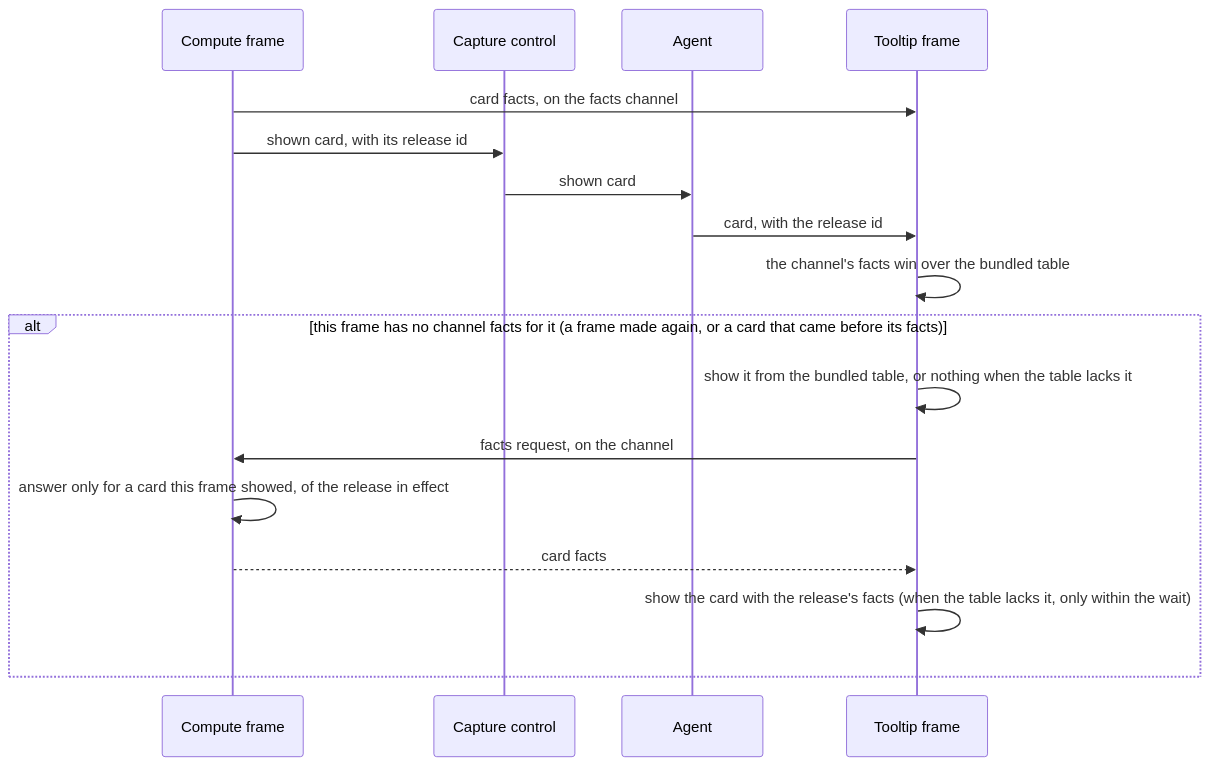
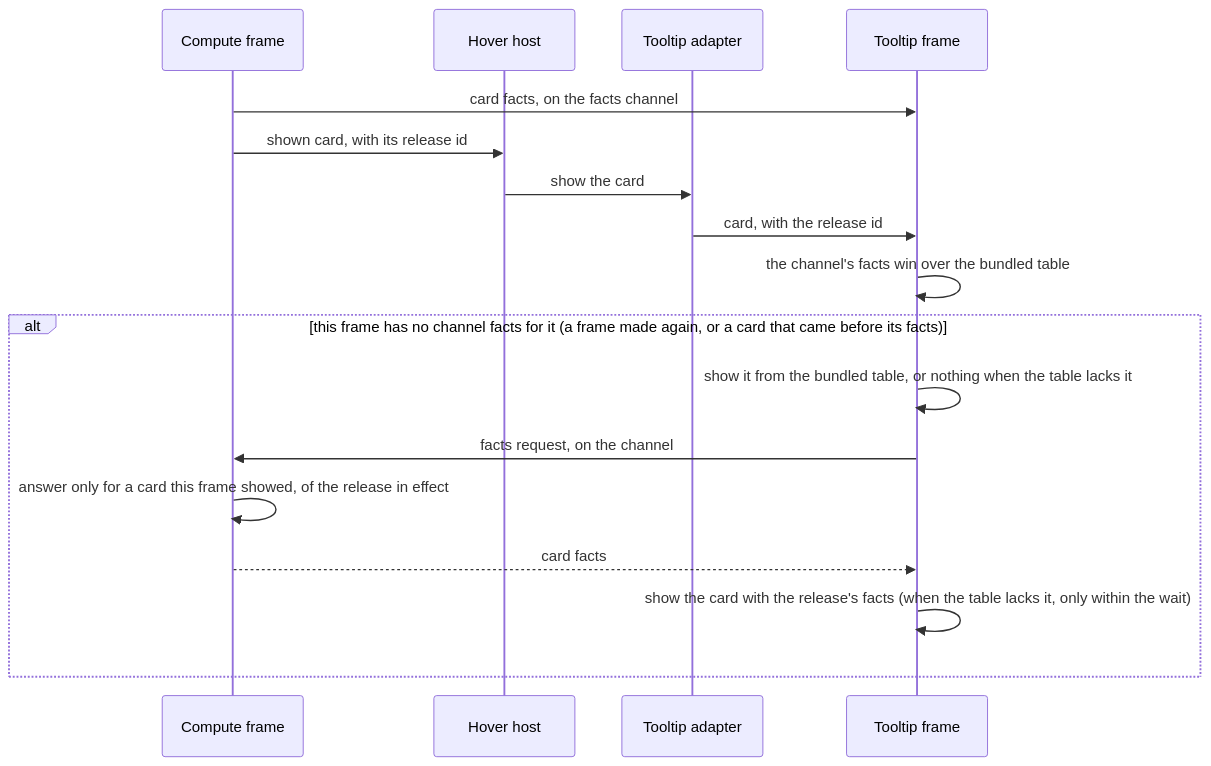
Diagram 12 of 12 in docs/hover-map.md (ryangswe/kenbunshoku), drawn with Mermaid before and after one commit. The commit also changed other lines of this file and 96 other files, not shown here.

First line of the commit message:
Run on the toolkit's shared hover host, from toolkit 0.15.0rc1 (#65)

````diff
--- a/docs/hover-map.md
+++ b/docs/hover-map.md
@@ -584,20 +482,20 @@
 ```mermaid
 sequenceDiagram
   participant CF as Compute frame
-  participant CC as Capture control
-  participant AG as Agent
+  participant HC as Hover host
+  participant AD as Tooltip adapter
   participant TF as Tooltip frame
 
   CF->>TF: card facts, on the facts channel
-  CF->>CC: shown card, with its release id
-  CC->>AG: shown card
-  AG->>TF: card, with the release id
+  CF->>HC: shown card, with its release id
+  HC->>AD: show the card
+  AD->>TF: card, with the release id
   TF->>TF: the channel's facts win over the bundled table
   alt this frame has no channel facts for it (a frame made again, or a card that came before its facts)
     TF->>TF: show it from the bundled table, or nothing when the table lacks it
     TF->>CF: facts request, on the channel
     CF->>CF: answer only for a card this frame showed, of the release in effect
     CF-->>TF: card facts
     TF->>TF: show the card with the release's facts (when the table lacks it, only within the wait)
   end
 ```
````
